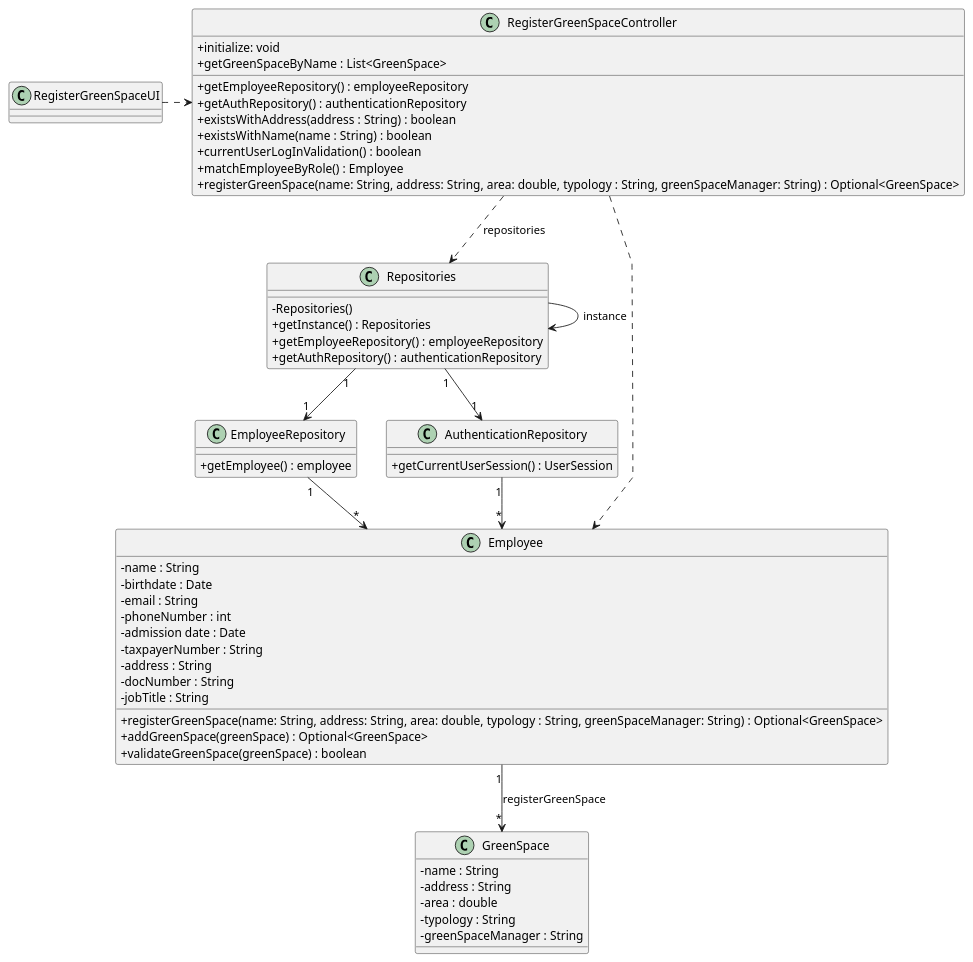
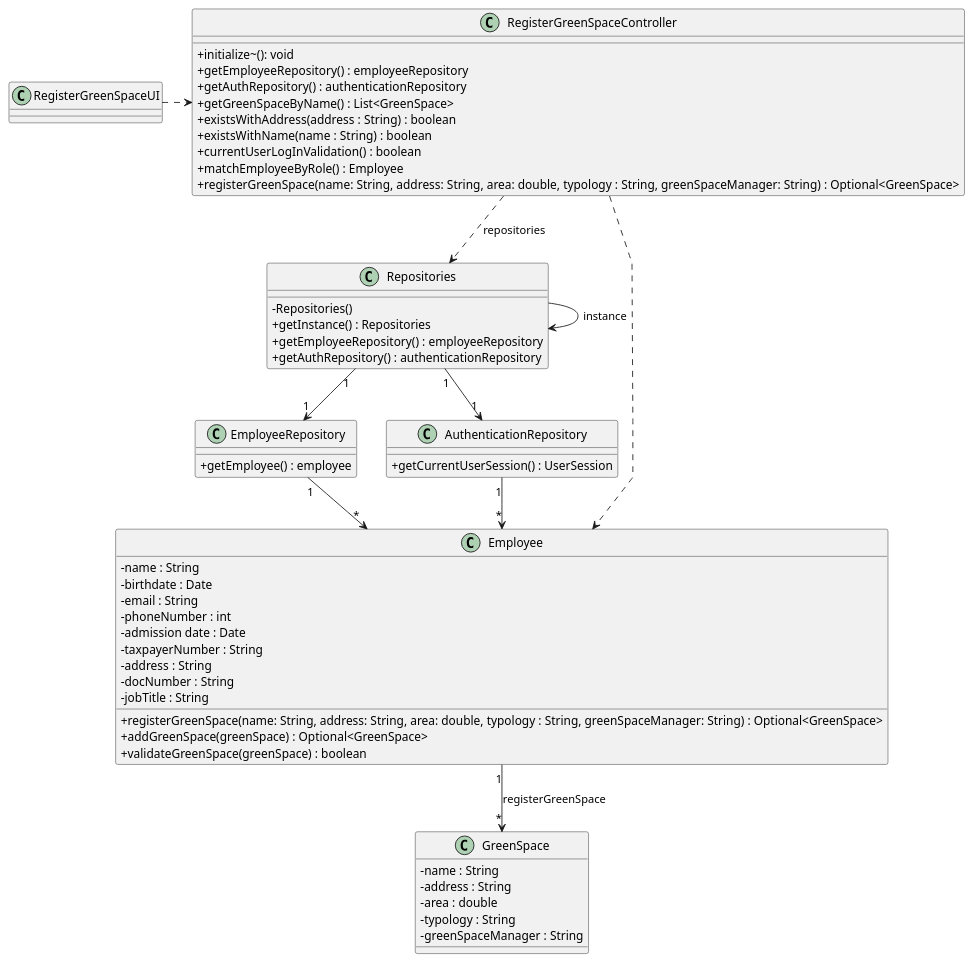
Before and after one commit to LopemigueISEP/lei-24-s2-1nb-g312: the diagram in docs/sprintC/US020/03.design/puml/us020-class-diagram.puml, drawn with PlantUML. The commit also changed 19 other files, not shown here.

```diff
--- a/docs/sprintC/US020/03.design/puml/us020-class-diagram.puml
+++ b/docs/sprintC/US020/03.design/puml/us020-class-diagram.puml
@@ -1,86 +1,86 @@
 @startuml
 'skinparam monochrome true
 skinparam packageStyle rectangle
 skinparam shadowing false
 skinparam linetype polyline
 'skinparam linetype orto
 
 skinparam classAttributeIconSize 0
 
 'left to right direction
 
 class RegisterGreenSpaceUI {
 
 }
 
 class RegisterGreenSpaceController {
-    + initialize: void
+    + initialize~(): void
     + getEmployeeRepository() : employeeRepository
     + getAuthRepository() : authenticationRepository
-    + getGreenSpaceByName : List<GreenSpace>
+    + getGreenSpaceByName() : List<GreenSpace>
     + existsWithAddress(address : String) : boolean
     + existsWithName(name : String) : boolean
     + currentUserLogInValidation() : boolean
     + matchEmployeeByRole() : Employee
     + registerGreenSpace(name: String, address: String, area: double, typology : String, greenSpaceManager: String) : Optional<GreenSpace>
 
 }
 
 class Repositories {
      - Repositories()
      + getInstance() : Repositories
      + getEmployeeRepository() : employeeRepository
      + getAuthRepository() : authenticationRepository
 
 }
 
 class Employee {
     -name : String
     -birthdate : Date
     -email : String
     -phoneNumber : int
     -admission date : Date
     -taxpayerNumber : String
     -address : String
     -docNumber : String
     -jobTitle : String
     +registerGreenSpace(name: String, address: String, area: double, typology : String, greenSpaceManager: String) : Optional<GreenSpace>
     +addGreenSpace(greenSpace) : Optional<GreenSpace>
     +validateGreenSpace(greenSpace) : boolean
 
 }
 
 class EmployeeRepository {
     +getEmployee() : employee
 }
 
 class AuthenticationRepository {
     +getCurrentUserSession() : UserSession
 }
 
 class GreenSpace {
         -name : String
         -address : String
         -area : double
         -typology : String
         - greenSpaceManager : String
 }
 
 
 
 
 
 RegisterGreenSpaceController ..> Repositories: repositories
 RegisterGreenSpaceController ..> Employee
 RegisterGreenSpaceUI .> RegisterGreenSpaceController
 Repositories -> Repositories : instance
 EmployeeRepository "1" --> "*" Employee
 AuthenticationRepository "1" --> "*" Employee
 Employee "1" --> "*" GreenSpace : registerGreenSpace
 Repositories "1" --> "1" EmployeeRepository
 Repositories "1" --> "1" AuthenticationRepository
 
 
 
 
 @enduml
```
